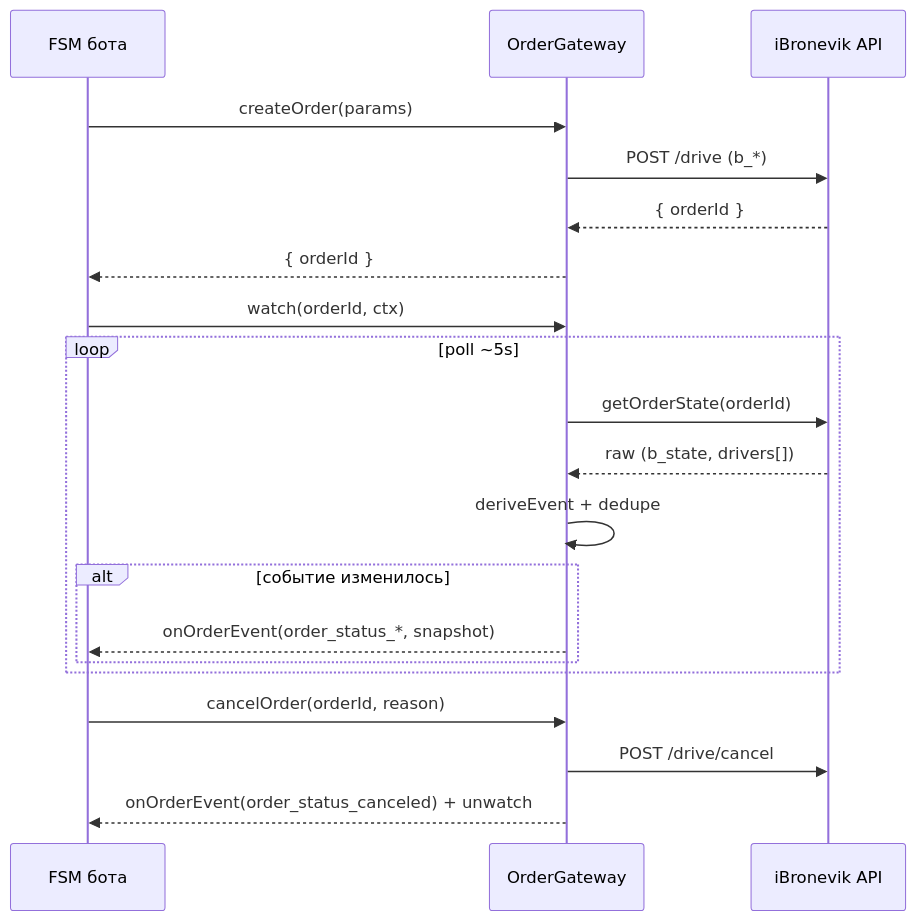
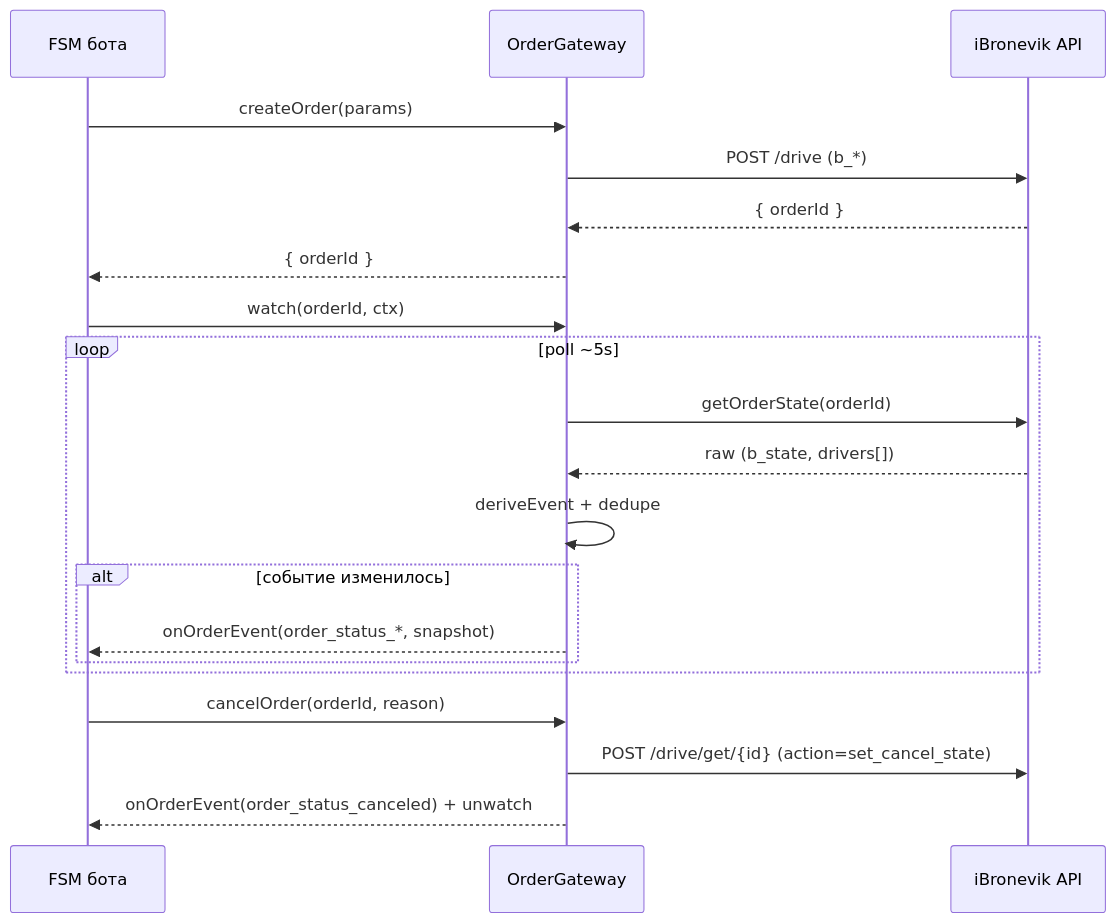
The diagram in docs/integration/order-gateway-contract.md (IluhinDotPro/tdm), drawn with Mermaid before and after one commit. The commit also changed other lines of this file and 3 other files, not shown here.

````diff
--- a/docs/integration/order-gateway-contract.md
+++ b/docs/integration/order-gateway-contract.md
@@ -108,22 +112,22 @@
 ```mermaid
 sequenceDiagram
     participant Bot as FSM бота
     participant GW as OrderGateway
     participant API as iBronevik API
     Bot->>GW: createOrder(params)
     GW->>API: POST /drive (b_*)
     API-->>GW: { orderId }
     GW-->>Bot: { orderId }
     Bot->>GW: watch(orderId, ctx)
     loop poll ~5s
         GW->>API: getOrderState(orderId)
         API-->>GW: raw (b_state, drivers[])
         GW->>GW: deriveEvent + dedupe
         alt событие изменилось
             GW-->>Bot: onOrderEvent(order_status_*, snapshot)
         end
     end
     Bot->>GW: cancelOrder(orderId, reason)
-    GW->>API: POST /drive/cancel
+    GW->>API: POST /drive/get/{id} (action=set_cancel_state)
     GW-->>Bot: onOrderEvent(order_status_canceled) + unwatch
 ```
````
